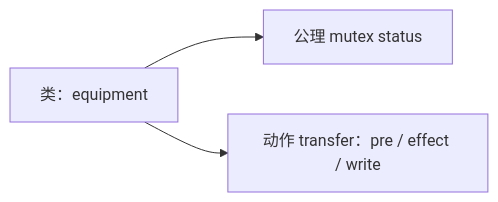
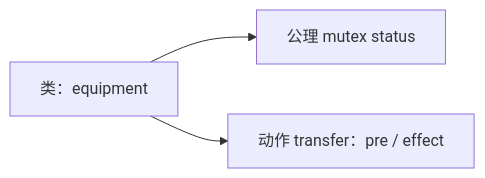
The fifth of 8 diagrams in docs/ontos-article.md (majiang213/Ontos), drawn with Mermaid before and after one commit. The commit also changed other lines of this file and 50 other files, not shown here.

````diff
--- a/docs/ontos-article.md
+++ b/docs/ontos-article.md
@@ -303,6 +303,6 @@
 ```mermaid
 flowchart LR
     E[类：equipment]
     E --> AX["公理 mutex status"]
-    E --> AC["动作 transfer：pre / effect / write"]
+    E --> AC["动作 transfer：pre / effect"]
 ```
````
